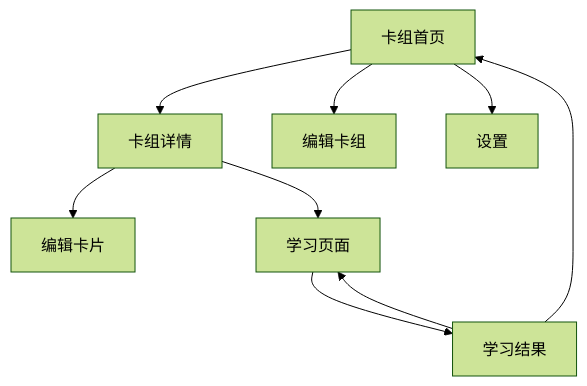
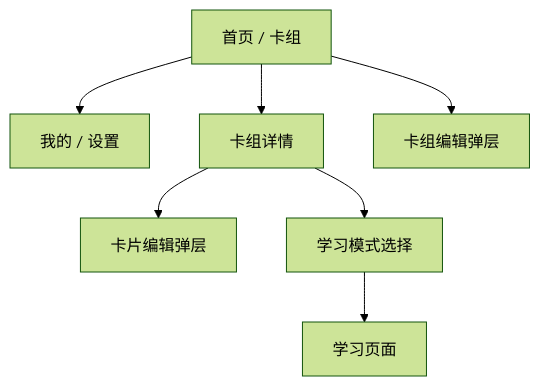
One commit to xhconceit/EchoCards changed the diagram in docs/design/screens.md. Above: the diagram before and after it, drawn with Mermaid (forest theme). The commit also changed other lines of this file and 8 other files, not shown here.

````diff
--- a/docs/design/screens.md
+++ b/docs/design/screens.md
@@ -9,19 +7,17 @@
 ```mermaid
 flowchart TD
-    Home[卡组首页]
+    Home[首页 / 卡组]
+    Mine[我的 / 设置]
     Deck[卡组详情]
-    DeckEdit[编辑卡组]
-    CardEdit[编辑卡片]
+    DeckSheet[卡组编辑弹层]
+    CardSheet[卡片编辑弹层]
+    ModeSheet[学习模式选择]
     Learn[学习页面]
-    Result[学习结果]
-    Settings[设置]
 
     Home --> Deck
-    Home --> DeckEdit
-    Home --> Settings
-    Deck --> CardEdit
-    Deck --> Learn
-    Learn --> Result
-    Result --> Home
-    Result --> Learn
+    Home --> DeckSheet
+    Home --> Mine
+    Deck --> CardSheet
+    Deck --> ModeSheet
+    ModeSheet --> Learn
 ```
````
